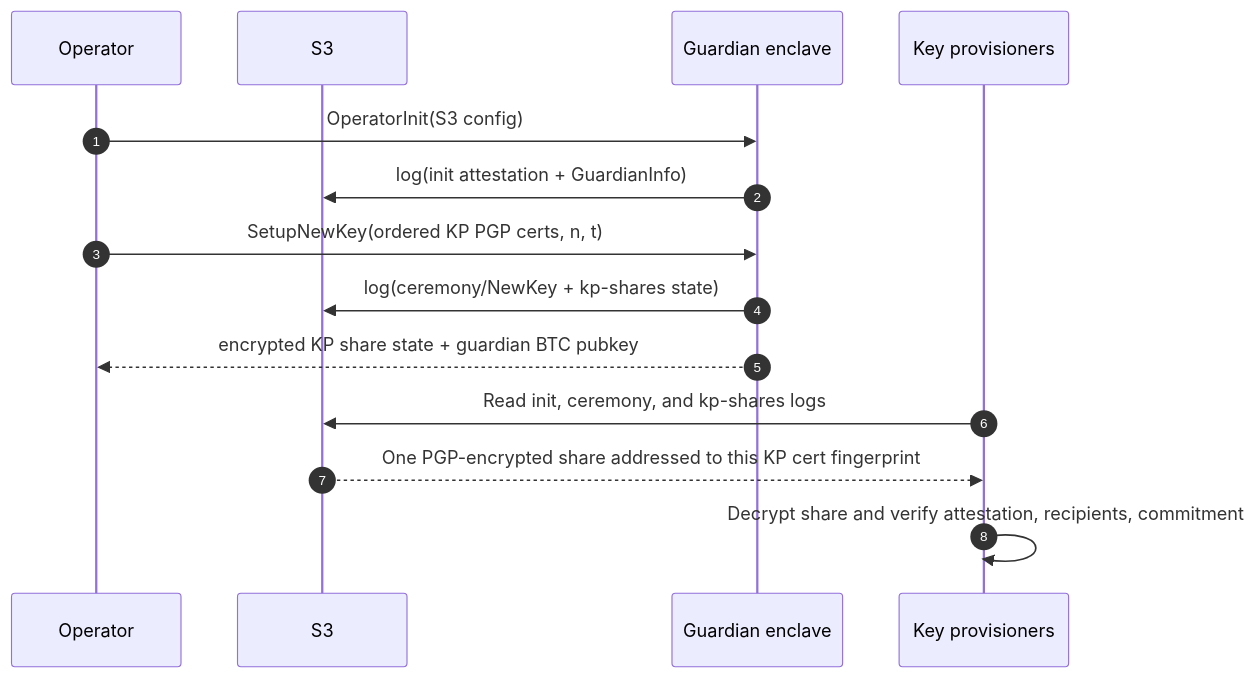
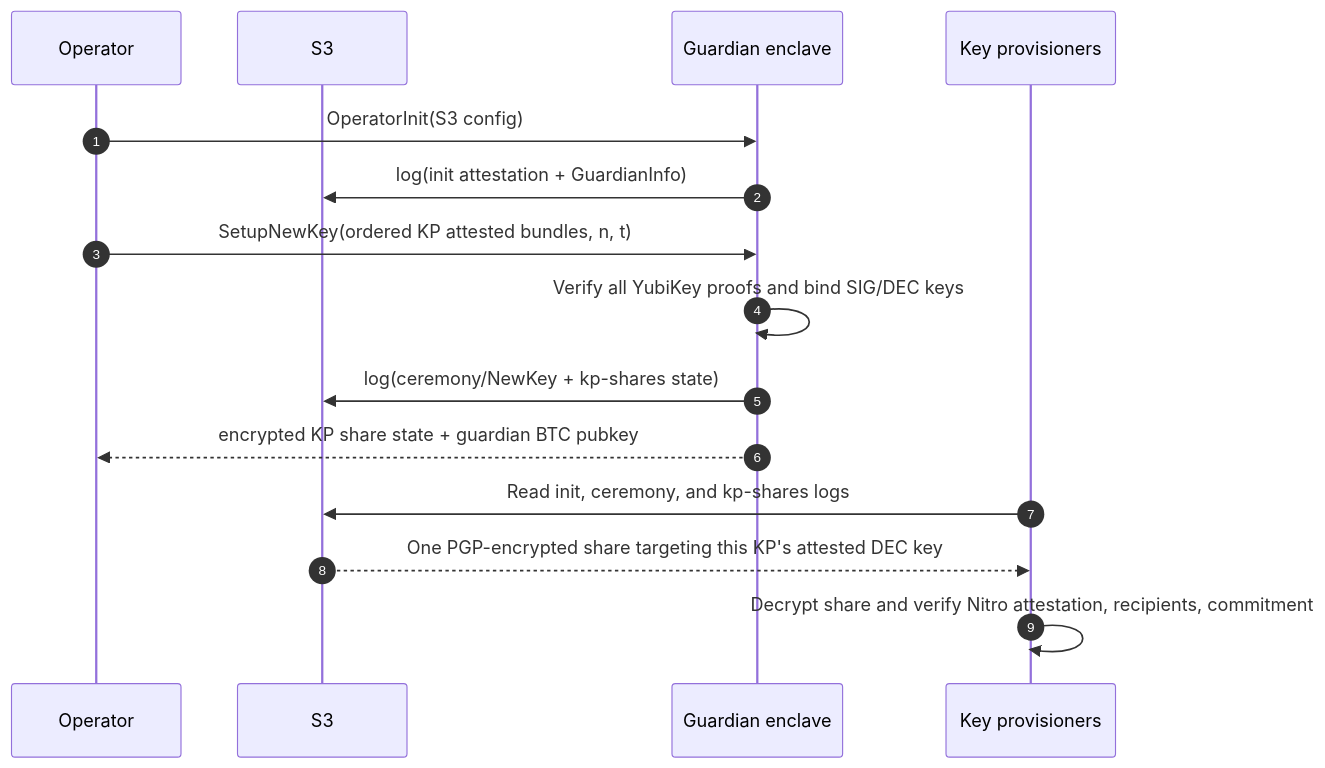
One commit to MystenLabs/hashi changed the first of 4 diagrams in design/docs/guardian.mdx. Above: the diagram before and after it, drawn with Mermaid. The commit also changed other lines of this file and 7 other files, not shown here.

Commit message:
Test and document guardian kp attestation enforcement

````diff
--- a/design/docs/guardian.mdx
+++ b/design/docs/guardian.mdx
@@ -111,19 +104,20 @@
 ```mermaid
 sequenceDiagram
     autonumber
 
     participant Operator
     participant S3
     participant Guardian as Guardian enclave
     participant KPs as Key provisioners
 
     Operator->>Guardian: OperatorInit(S3 config)
     Guardian->>S3: log(init attestation + GuardianInfo)
-    Operator->>Guardian: SetupNewKey(ordered KP PGP certs, n, t)
+    Operator->>Guardian: SetupNewKey(ordered KP attested bundles, n, t)
+    Guardian->>Guardian: Verify all YubiKey proofs and bind SIG/DEC keys
     Guardian->>S3: log(ceremony/NewKey + kp-shares state)
     Guardian-->>Operator: encrypted KP share state + guardian BTC pubkey
 
     KPs->>S3: Read init, ceremony, and kp-shares logs
-    S3-->>KPs: One PGP-encrypted share addressed to this KP cert fingerprint
-    KPs->>KPs: Decrypt share and verify attestation, recipients, commitment
+    S3-->>KPs: One PGP-encrypted share targeting this KP's attested DEC key
+    KPs->>KPs: Decrypt share and verify Nitro attestation, recipients, commitment
 ```
````
